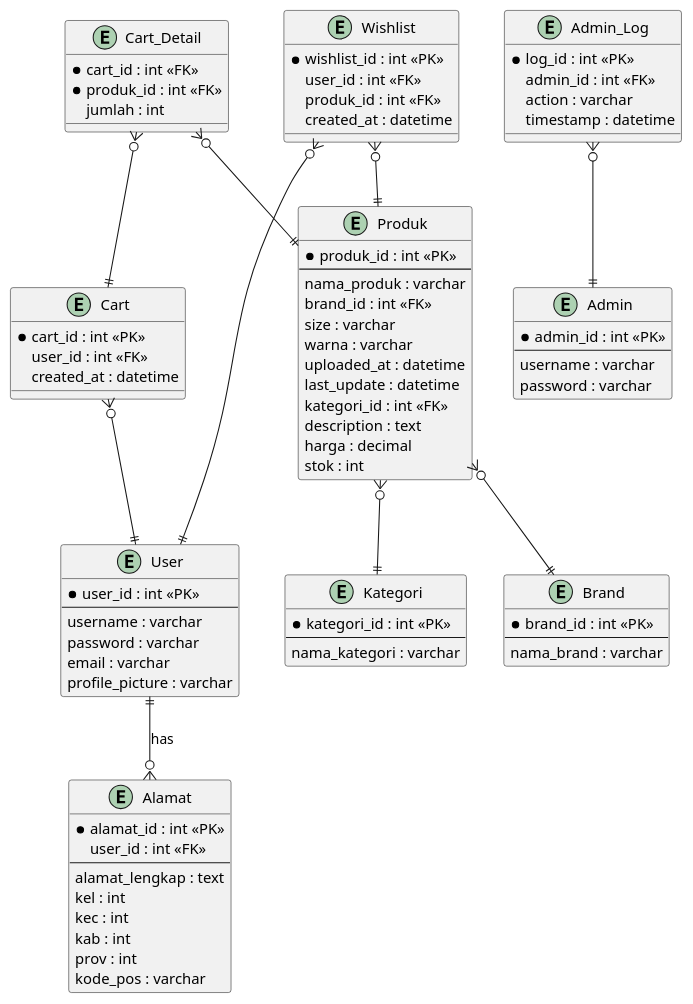
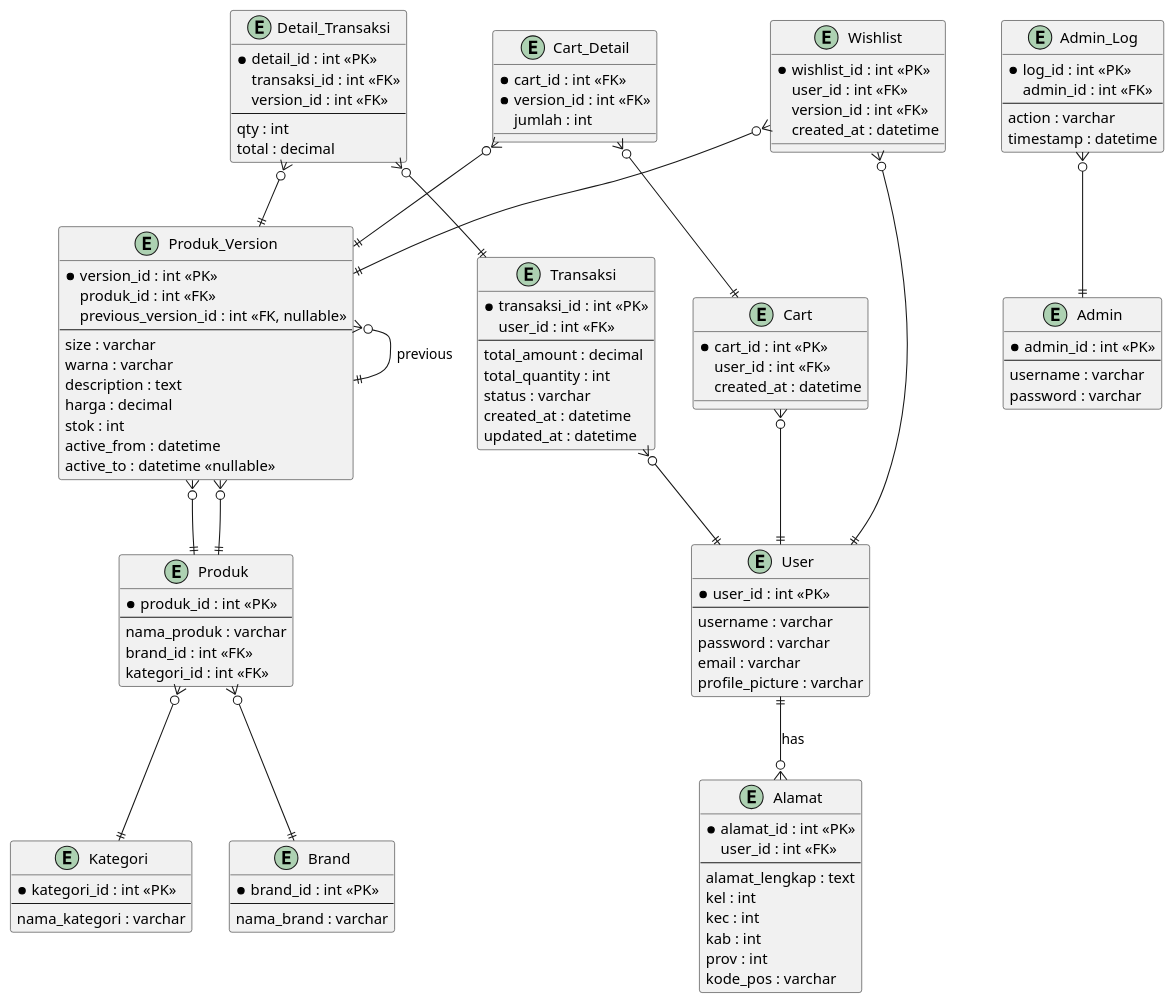
One commit to andrr64/vintage-online-shop changed the diagram in documents/ERD.puml. Above: the diagram before and after it, drawn with PlantUML.

Commit message:
feat: Update ERD

```diff
--- a/documents/ERD.puml
+++ b/documents/ERD.puml
@@ -1,95 +1,131 @@
 @startuml
 
 entity "User" as user {
   *user_id : int <<PK>>
   --
   username : varchar
   password : varchar
   email : varchar
   profile_picture : varchar
 }
 
 entity "Admin" as admin {
   *admin_id : int <<PK>>
   --
   username : varchar
   password : varchar
 }
 
+entity "Transaksi" as transaksi {
+  *transaksi_id : int <<PK>>
+  user_id : int <<FK>>
+  --
+  total_amount : decimal
+  total_quantity : int
+  status : varchar
+  created_at : datetime
+  updated_at : datetime
+}
+
+entity "Detail_Transaksi" as detail_transaksi {
+  *detail_id : int <<PK>>
+  transaksi_id : int <<FK>>
+  version_id : int <<FK>>
+  --
+  qty : int
+  total : decimal
+}
+
 entity "Admin_Log" as admin_log {
   *log_id : int <<PK>>
   admin_id : int <<FK>>
+  --
   action : varchar
   timestamp : datetime
 }
 
 entity "Produk" as produk {
   *produk_id : int <<PK>>
   --
   nama_produk : varchar
   brand_id : int <<FK>>
+  kategori_id : int <<FK>>
+}
+
+entity "Produk_Version" as produk_version {
+  *version_id : int <<PK>>
+  produk_id : int <<FK>>
+  previous_version_id : int <<FK, nullable>>
+  --
   size : varchar
   warna : varchar
-  uploaded_at : datetime
-  last_update : datetime
-  kategori_id : int <<FK>>
   description : text
   harga : decimal
   stok : int
+  active_from : datetime
+  active_to : datetime <<nullable>>
 }
 
 entity "Kategori" as kategori {
   *kategori_id : int <<PK>>
   --
   nama_kategori : varchar
 }
 
 entity "Brand" as brand {
   *brand_id : int <<PK>>
   --
   nama_brand : varchar
 }
 
 entity "Alamat" as alamat {
   *alamat_id : int <<PK>>
   user_id : int <<FK>>
   --
   alamat_lengkap : text
   kel : int
   kec : int
   kab : int
   prov : int
   kode_pos : varchar
 }
 
 entity "Cart" as cart {
   *cart_id : int <<PK>>
   user_id : int <<FK>>
   created_at : datetime
 }
 
 entity "Cart_Detail" as cart_detail {
   *cart_id : int <<FK>>
-  *produk_id : int <<FK>>
+  *version_id : int <<FK>>
   jumlah : int
 }
 
 entity "Wishlist" as wishlist {
   *wishlist_id : int <<PK>>
   user_id : int <<FK>>
-  produk_id : int <<FK>>
+  version_id : int <<FK>>
   created_at : datetime
 }
 
+' =========================
 ' Relasi
-user ||--o{ alamat       : has
+' =========================
+user ||--o{ alamat             : has
 produk }o--|| kategori
 produk }o--|| brand
 admin_log }o--|| admin
 cart }o--|| user
 cart_detail }o--|| cart
-cart_detail }o--|| produk
+cart_detail }o--|| produk_version
 wishlist }o--|| user
-wishlist }o--|| produk
+wishlist }o--|| produk_version
+transaksi }o--|| user
+detail_transaksi }o--|| transaksi
+detail_transaksi }o--|| produk_version
+produk ||--o{ produk_version
+produk_version }o--|| produk
+produk_version }o--|| produk_version : previous
 
 @enduml
```
